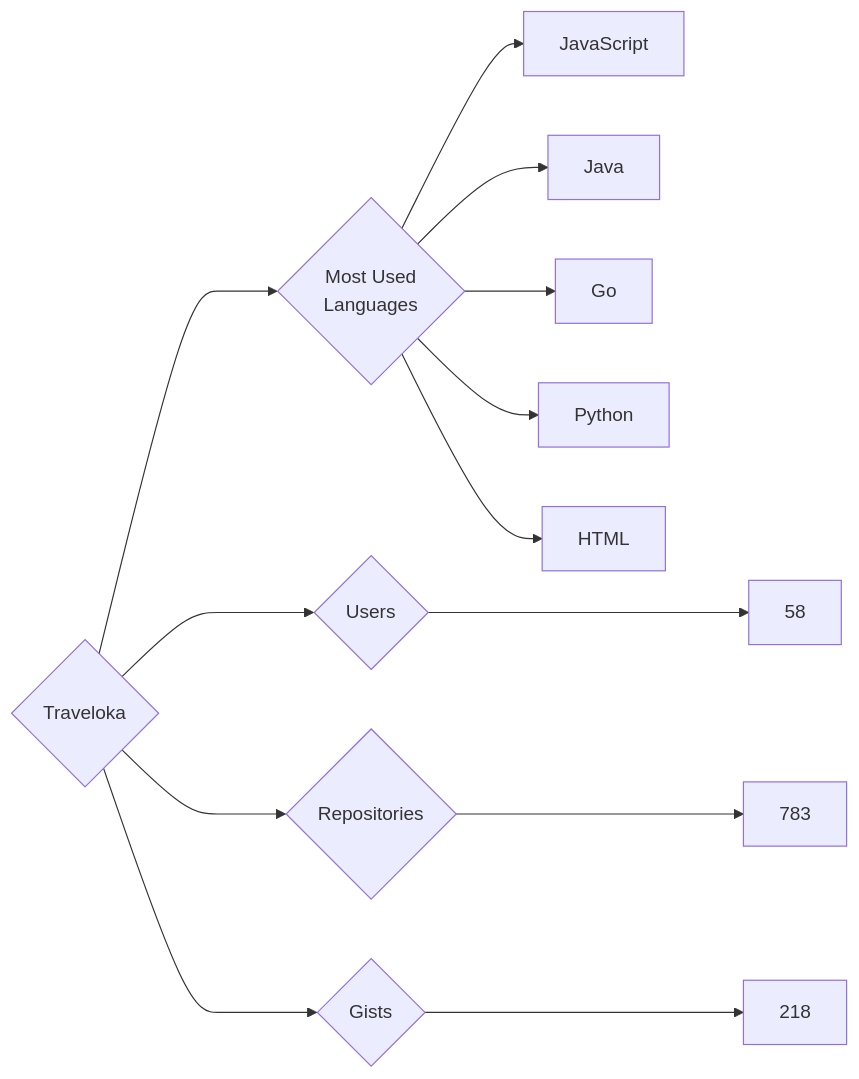
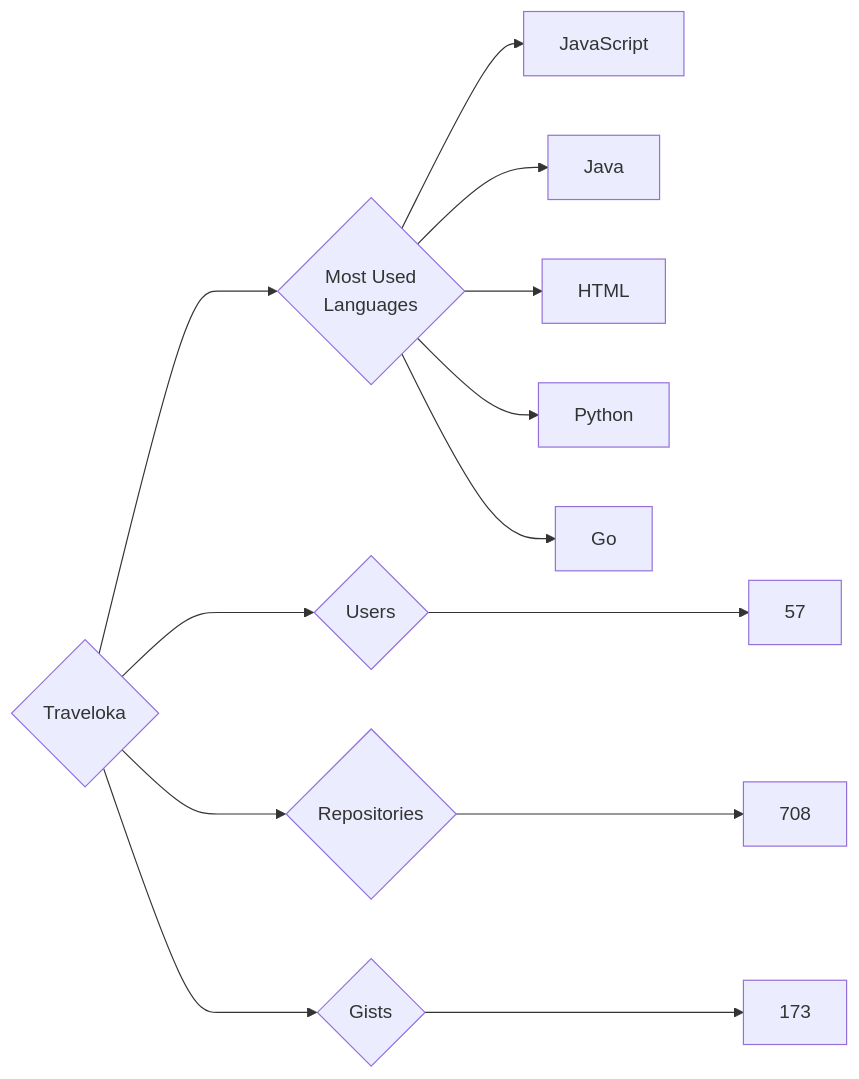
One commit to trickest/insiders changed the diagram in targets/Traveloka/README.md. Above: the diagram before and after it, drawn with Mermaid. The commit also changed 969 other files, not shown here.

````diff
--- a/targets/Traveloka/README.md
+++ b/targets/Traveloka/README.md
@@ -3,13 +3,13 @@
 ```mermaid
 graph LR
 COMPANY_NAME{Traveloka}
-COMPANY_NAME ---> U{Users} ---> UN[58]
-COMPANY_NAME ---> R{Repositories} ---> RN[783]
-COMPANY_NAME ---> G{Gists} ---> GN[218]
+COMPANY_NAME ---> U{Users} ---> UN[57]
+COMPANY_NAME ---> R{Repositories} ---> RN[708]
+COMPANY_NAME ---> G{Gists} ---> GN[173]
 COMPANY_NAME ---> ML{Most Used<br>Languages}
 ML --> JavaScript[JavaScript]
 ML --> Java[Java]
+ML --> HTML[HTML]
+ML --> Python[Python]
 ML --> Go[Go]
-ML --> Python[Python]
-ML --> HTML[HTML]
 ```
````
